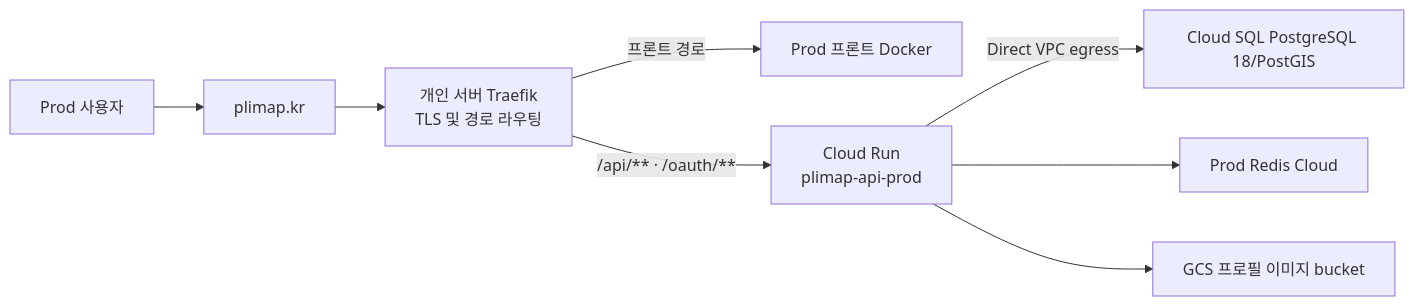
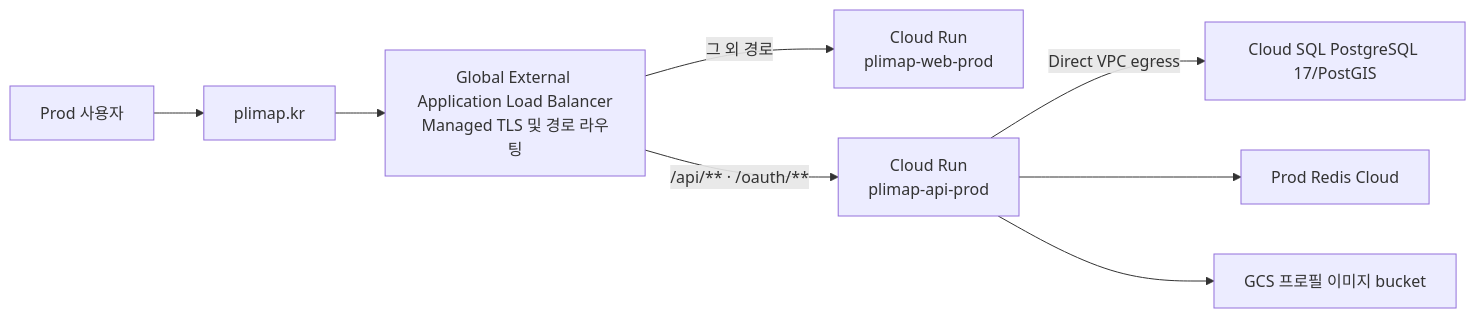
Before and after one commit to UMC10th-PLIMAP/PLIMAP-BE: the second of 2 diagrams in docs/DEPLOYMENT.md, drawn with Mermaid. The commit also changed other lines of this file and 16 other files, not shown here.

````diff
--- a/docs/DEPLOYMENT.md
+++ b/docs/DEPLOYMENT.md
@@ -215,10 +216,10 @@
 ```mermaid
 flowchart LR
     Browser["Prod 사용자"] --> DNS["plimap.kr"]
-    DNS --> Traefik["개인 서버 Traefik<br/>TLS 및 경로 라우팅"]
-    Traefik -->|"프론트 경로"| Frontend["Prod 프론트 Docker"]
-    Traefik -->|"/api/** · /oauth/**"| CloudRun["Cloud Run<br/>plimap-api-prod"]
-    CloudRun -->|"Direct VPC egress"| CloudSQL["Cloud SQL PostgreSQL 18/PostGIS"]
+    DNS --> LB["Global External Application Load Balancer<br/>Managed TLS 및 경로 라우팅"]
+    LB -->|"그 외 경로"| Frontend["Cloud Run<br/>plimap-web-prod"]
+    LB -->|"/api/** · /oauth/**"| CloudRun["Cloud Run<br/>plimap-api-prod"]
+    CloudRun -->|"Direct VPC egress"| CloudSQL["Cloud SQL PostgreSQL 17/PostGIS"]
     CloudRun --> Redis["Prod Redis Cloud"]
     CloudRun --> GCS["GCS 프로필 이미지 bucket"]
 ```
````
